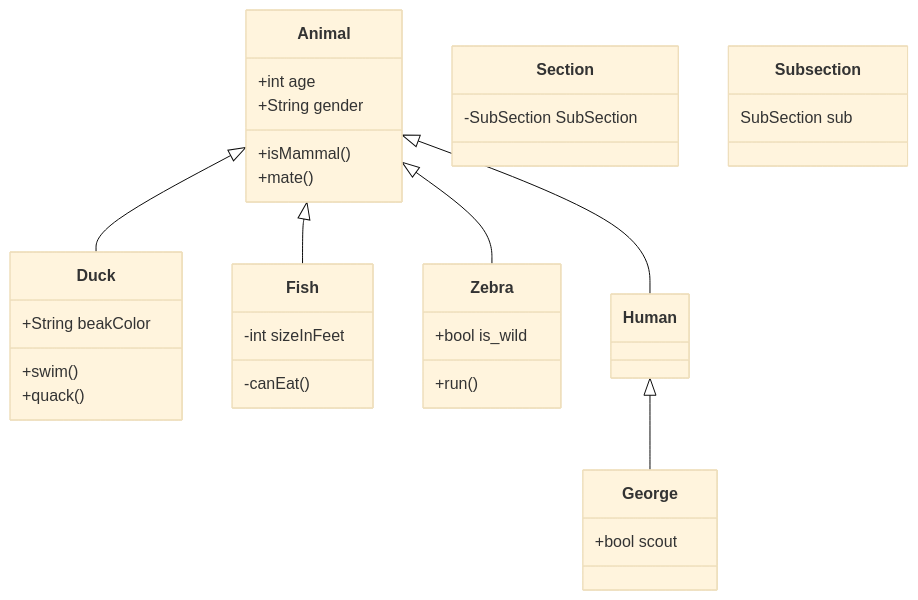
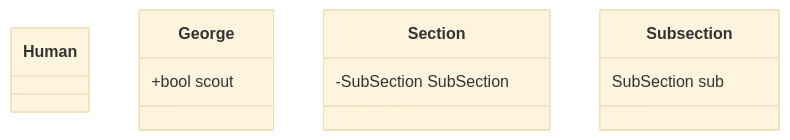
The diagram in docs/UMLTemplate.md (itsjihunpark/Microsoft-Word-Outliner-Clone), drawn with Mermaid (base theme) before and after one commit.

Commit message:
Update file UMLTemplate.md

````diff
--- a/docs/UMLTemplate.md
+++ b/docs/UMLTemplate.md
@@ -24,39 +24,18 @@
 ```mermaid
 classDiagram
-    Animal <|-- Duck 
-    Animal <|-- Fish
-    Animal <|-- Zebra
-    Animal <|-- Human
-    Human <|-- George
-    Animal : +int age
-    Animal : +String gender
-    Animal: +isMammal()
-    Animal: +mate()
-    class Duck{
-      +String beakColor
-      +swim()
-      +quack()
-    }
-    class Fish{
-      -int sizeInFeet
-      -canEat()
-    }
-    class Zebra{
-      +bool is_wild
-      +run()
-    }
+  
     class Human{
     }
     class George{
       +bool scout
     
     }
 
     class Section{
       -SubSection SubSection
     }
 
     class Subsection{
       SubSection sub
     }
 ```
````
